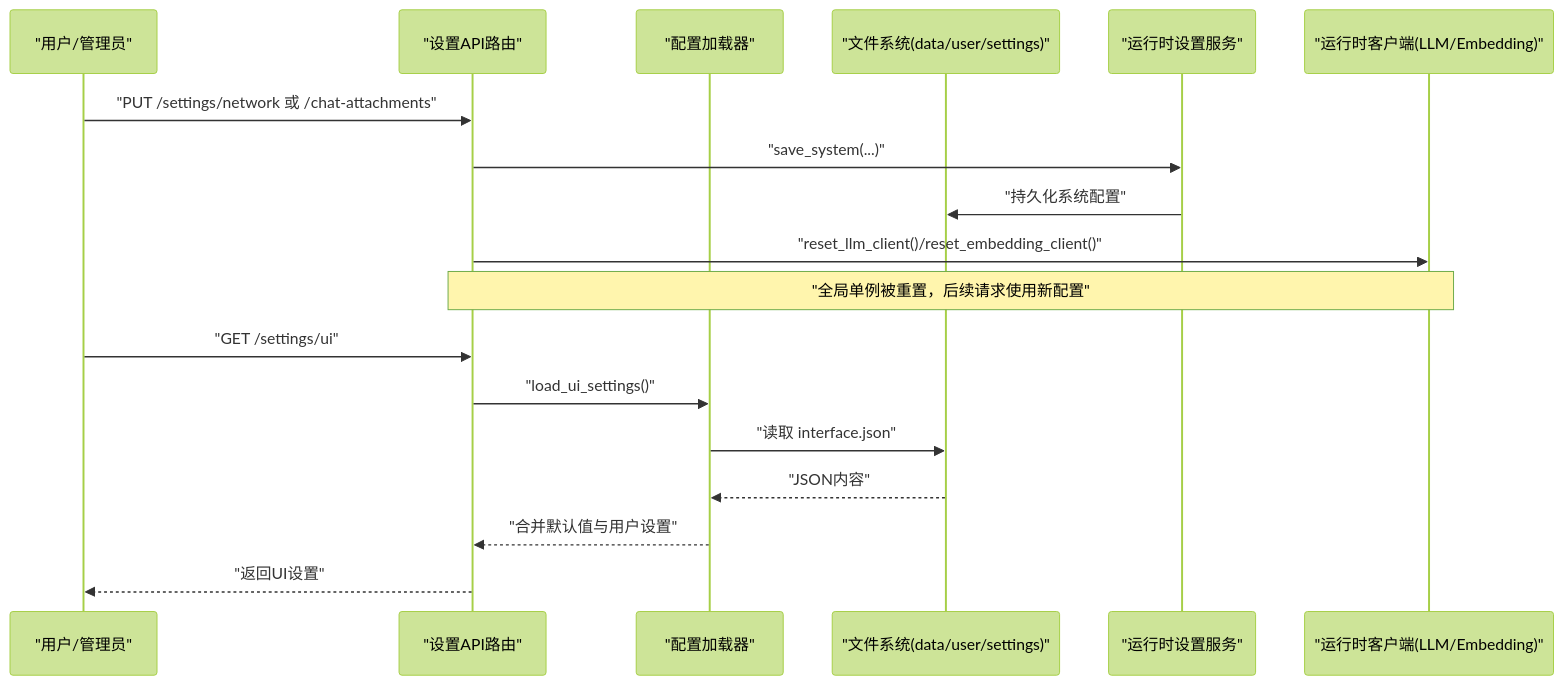
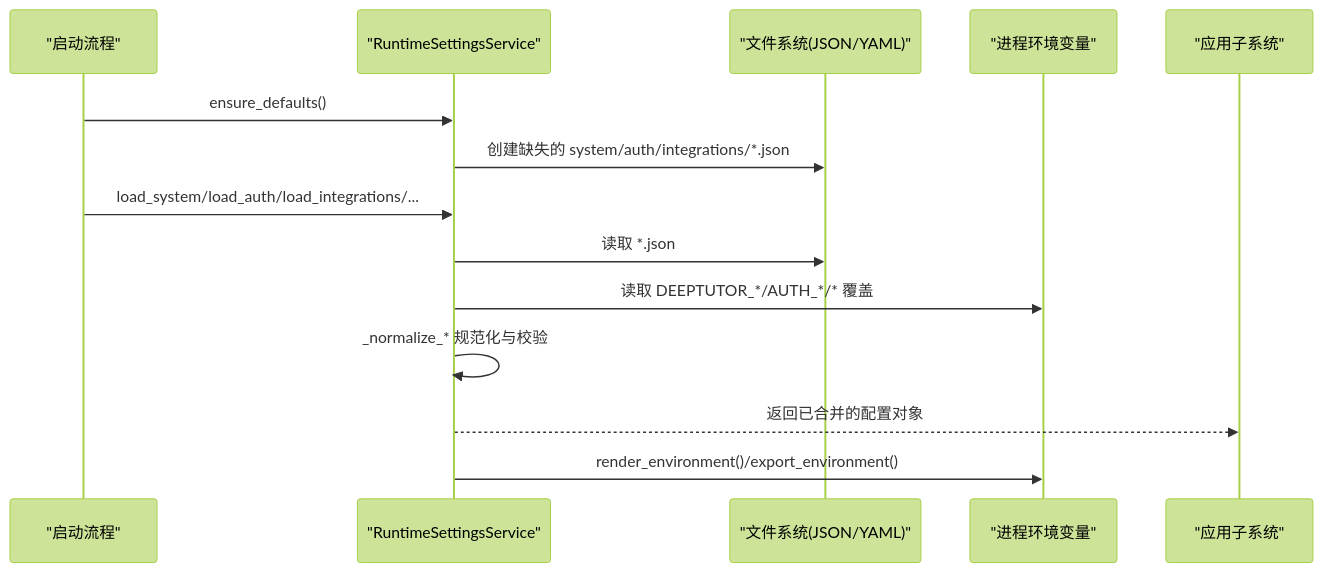
One commit to gongzili456/DeepTutor changed the second of 6 diagrams in .qoder/repowiki/zh/content/配置管理/配置管理.md. Above: the diagram before and after it, drawn with Mermaid (forest theme). The commit also changed other lines of this file and 1242 other files, not shown here.

````diff
--- a/.qoder/repowiki/zh/content/配置管理/配置管理.md
+++ b/.qoder/repowiki/zh/content/配置管理/配置管理.md
@@ -103,20 +80,16 @@
 ```mermaid
 sequenceDiagram
-participant U as "用户/管理员"
-participant API as "设置API路由"
-participant L as "配置加载器"
-participant FS as "文件系统(data/user/settings)"
-participant RS as "运行时设置服务"
-participant RC as "运行时客户端(LLM/Embedding)"
-U->>API : "PUT /settings/network 或 /chat-attachments"
-API->>RS : "save_system(...)"
-RS->>FS : "持久化系统配置"
-API->>RC : "reset_llm_client()/reset_embedding_client()"
-Note over API,RC : "全局单例被重置，后续请求使用新配置"
-U->>API : "GET /settings/ui"
-API->>L : "load_ui_settings()"
-L->>FS : "读取 interface.json"
-FS-->>L : "JSON内容"
-L-->>API : "合并默认值与用户设置"
-API-->>U : "返回UI设置"
+participant Boot as "启动流程"
+participant RS as "RuntimeSettingsService"
+participant FS as "文件系统(JSON/YAML)"
+participant Env as "进程环境变量"
+participant App as "应用子系统"
+Boot->>RS : ensure_defaults()
+RS->>FS : 创建缺失的 system/auth/integrations/*.json
+Boot->>RS : load_system/load_auth/load_integrations/...
+RS->>FS : 读取 *.json
+RS->>Env : 读取 DEEPTUTOR_*/AUTH_*/* 覆盖
+RS->>RS : _normalize_* 规范化与校验
+RS-->>App : 返回已合并的配置对象
+RS->>Env : render_environment()/export_environment()
 ```
````
